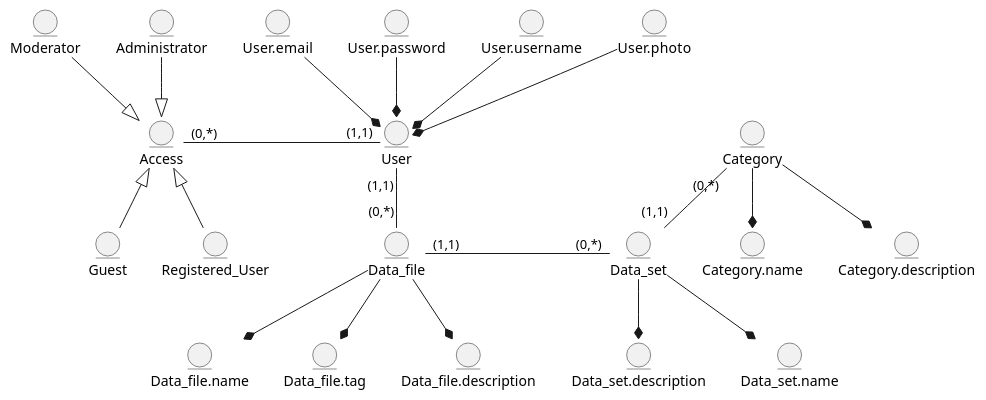
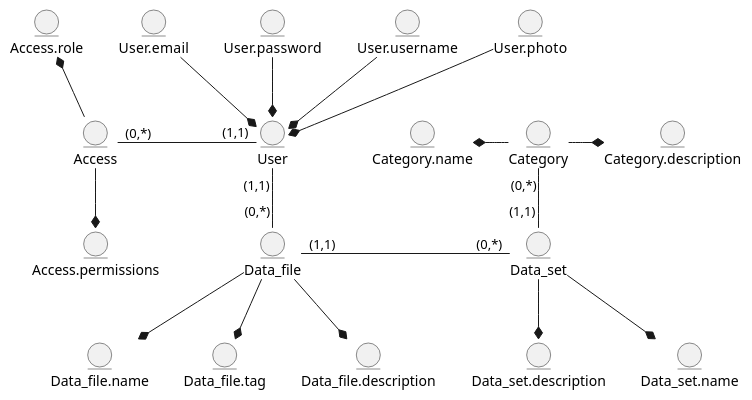
One commit to KarmazinN/db_open_data changed the diagram in src/uml/BO.puml. Above: the diagram before and after it, drawn with PlantUML.

```diff
--- a/src/uml/BO.puml
+++ b/src/uml/BO.puml
@@ -1,54 +1,51 @@
 @startuml
-entity Guest
-entity Registered_User
-entity Moderator
-entity Administrator
 
 entity User
 entity User.email
 entity User.password
 entity User.username
 entity User.photo
 
 entity Access
+
+entity Access.role
+entity Access.permissions
 
 entity Data_file
 entity Data_file.name
 entity Data_file.tag
 entity Data_file.description
 
 entity Data_set
 entity Data_set.name
 entity Data_set.description
 
 entity Category
 entity Category.name
 entity Category.description
 
-Guest -up-|> Access
-Registered_User -up-|> Access
-Moderator -down-|> Access
-Administrator -down-|> Access
+Access -up-* Access.role
+Access --* Access.permissions
 
 User.email --* User
 User.password --* User
 User.username --* User
 User.photo --* User
 
 Data_file --* Data_file.name
 Data_file --* Data_file.tag
 Data_file --* Data_file.description
 
 Data_set --* Data_set.name
 Data_set --* Data_set.description
 
-Category --* Category.name
-Category --* Category.description
+Category -l-* Category.name
+Category -r-* Category.description
 
 User "(1,1)"-down-"(0,*)" Data_file
 User "(1,1)"-l-"(0,*)" Access
 Data_file "(1,1)"-r-"(0,*)" Data_set
 Data_set "(1,1)"-up-"(0,*)" Category
 
 
 @enduml
```
